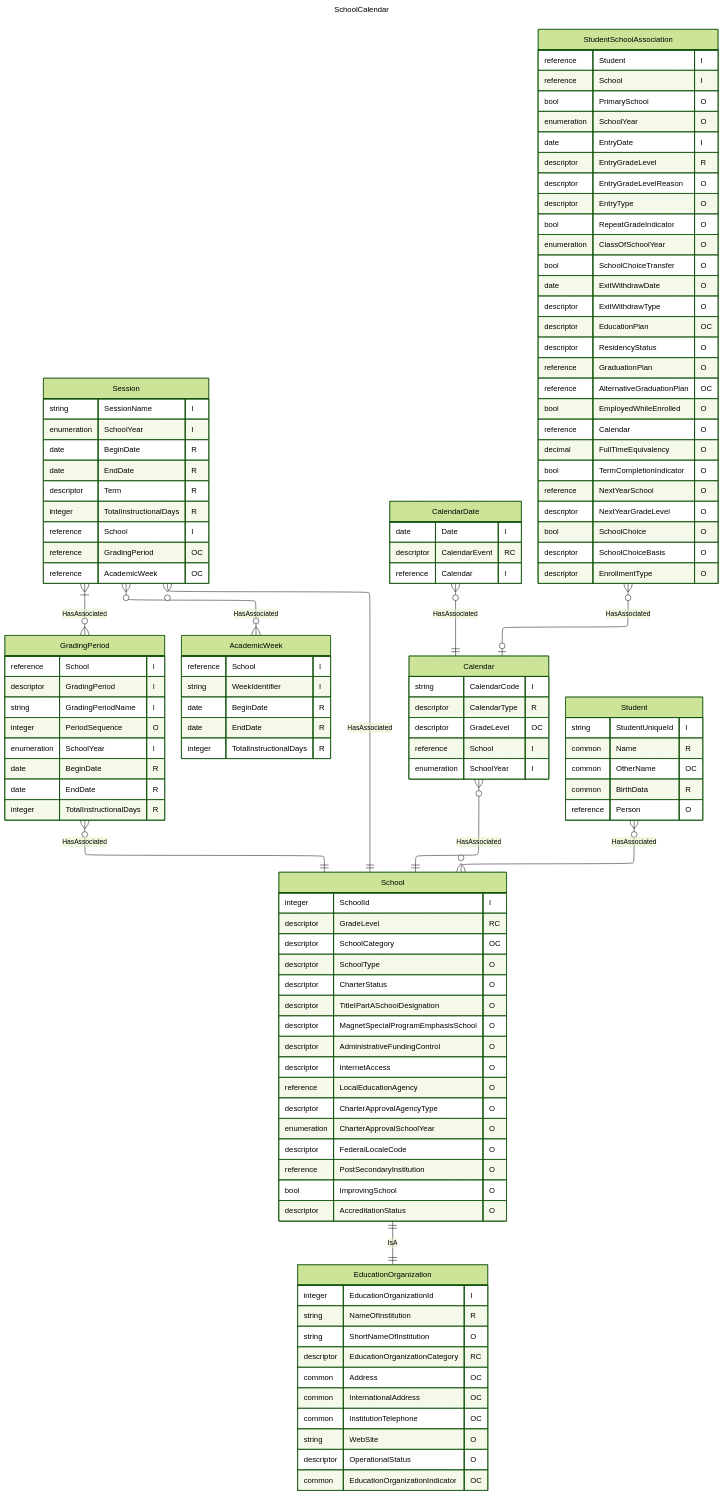
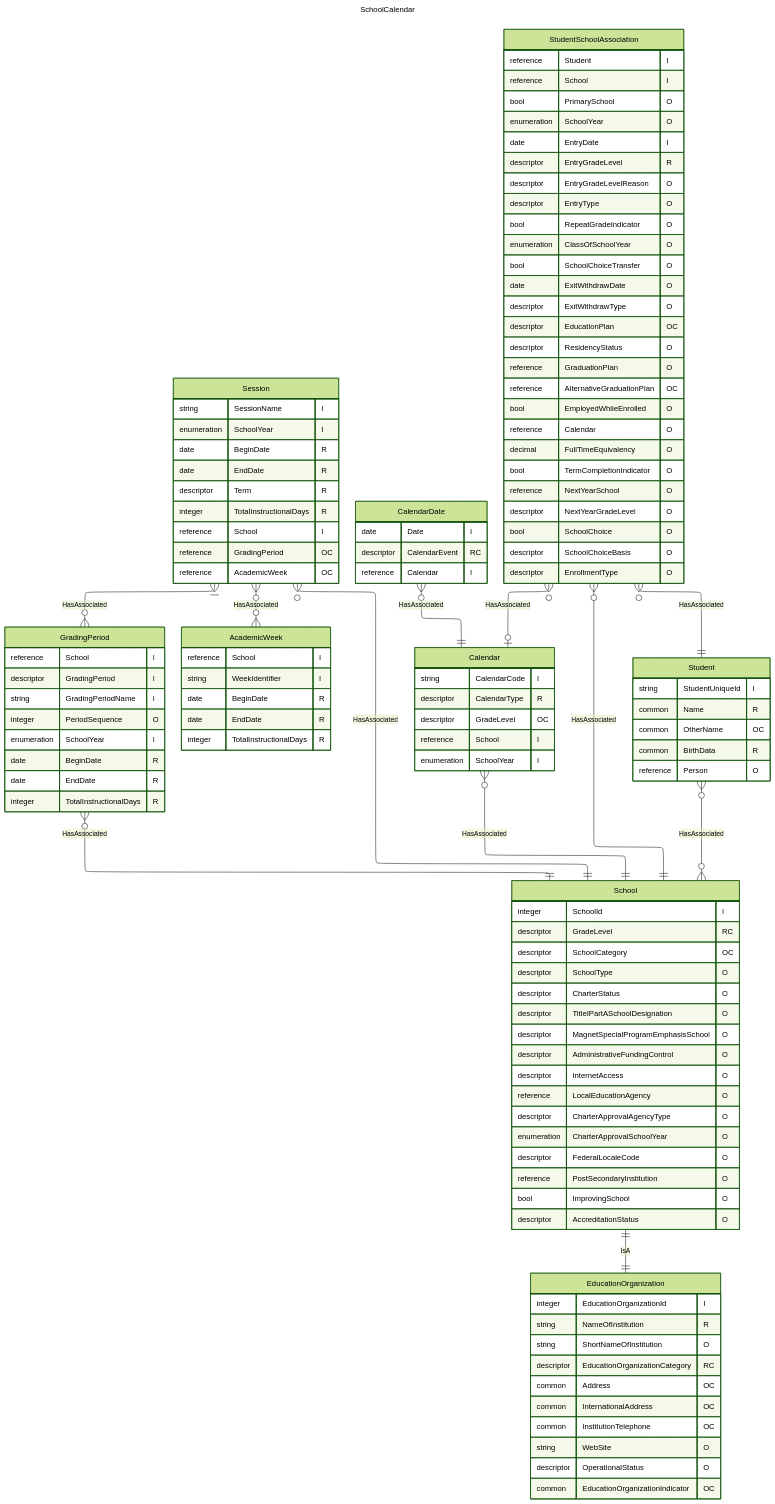
Before and after one commit to Ed-Fi-Alliance-OSS/Ed-Fi-Data-Standard: the diagram in Models/Models/SchoolCalendar.mmd, drawn with Mermaid (forest theme). The commit also changed 15 other files, not shown here.

```diff
--- a/Models/Models/SchoolCalendar.mmd
+++ b/Models/Models/SchoolCalendar.mmd
@@ -1,120 +1,122 @@
 ---
 title: SchoolCalendar
 config:
   layout: elk
 ---
 erDiagram
     Session {
         string SessionName "I"
         enumeration SchoolYear "I"
         date BeginDate "R"
         date EndDate "R"
         descriptor Term "R"
         integer TotalInstructionalDays "R"
         reference School "I"
         reference GradingPeriod "OC"
         reference AcademicWeek "OC"
     }
     GradingPeriod {
         reference School "I"
         descriptor GradingPeriod "I"
         string GradingPeriodName "I"
         integer PeriodSequence "O"
         enumeration SchoolYear "I"
         date BeginDate "R"
         date EndDate "R"
         integer TotalInstructionalDays "R"
     }
     AcademicWeek {
         reference School "I"
         string WeekIdentifier "I"
         date BeginDate "R"
         date EndDate "R"
         integer TotalInstructionalDays "R"
     }
     Calendar {
         string CalendarCode "I"
         descriptor CalendarType "R"
         descriptor GradeLevel "OC"
         reference School "I"
         enumeration SchoolYear "I"
     }
     CalendarDate {
         date Date "I"
         descriptor CalendarEvent "RC"
         reference Calendar "I"
     }
     StudentSchoolAssociation {
         reference Student "I"
         reference School "I"
         bool PrimarySchool "O"
         enumeration SchoolYear "O"
         date EntryDate "I"
         descriptor EntryGradeLevel "R"
         descriptor EntryGradeLevelReason "O"
         descriptor EntryType "O"
         bool RepeatGradeIndicator "O"
         enumeration ClassOfSchoolYear "O"
         bool SchoolChoiceTransfer "O"
         date ExitWithdrawDate "O"
         descriptor ExitWithdrawType "O"
         descriptor EducationPlan "OC"
         descriptor ResidencyStatus "O"
         reference GraduationPlan "O"
         reference AlternativeGraduationPlan "OC"
         bool EmployedWhileEnrolled "O"
         reference Calendar "O"
         decimal FullTimeEquivalency "O"
         bool TermCompletionIndicator "O"
         reference NextYearSchool "O"
         descriptor NextYearGradeLevel "O"
         bool SchoolChoice "O"
         descriptor SchoolChoiceBasis "O"
         descriptor EnrollmentType "O"
     }
     Student {
         string StudentUniqueId "I"
         common Name "R"
         common OtherName "OC"
         common BirthData "R"
         reference Person "O"
     }
     EducationOrganization {
         integer EducationOrganizationId "I"
         string NameOfInstitution "R"
         string ShortNameOfInstitution "O"
         descriptor EducationOrganizationCategory "RC"
         common Address "OC"
         common InternationalAddress "OC"
         common InstitutionTelephone "OC"
         string WebSite "O"
         descriptor OperationalStatus "O"
         common EducationOrganizationIndicator "OC"
     }
     School {
         integer SchoolId "I"
         descriptor GradeLevel "RC"
         descriptor SchoolCategory "OC"
         descriptor SchoolType "O"
         descriptor CharterStatus "O"
         descriptor TitleIPartASchoolDesignation "O"
         descriptor MagnetSpecialProgramEmphasisSchool "O"
         descriptor AdministrativeFundingControl "O"
         descriptor InternetAccess "O"
         reference LocalEducationAgency "O"
         descriptor CharterApprovalAgencyType "O"
         enumeration CharterApprovalSchoolYear "O"
         descriptor FederalLocaleCode "O"
         reference PostSecondaryInstitution "O"
         bool ImprovingSchool "O"
         descriptor AccreditationStatus "O"
     }
     Session }o--o{ AcademicWeek : "HasAssociated"
     Session }o--|| School : "HasAssociated"
     Session }|--o{ GradingPeriod : "HasAssociated"
     GradingPeriod }o--|| School : "HasAssociated"
     CalendarDate }o--|| Calendar : "HasAssociated"
     Calendar }o--|| School : "HasAssociated"
-    StudentSchoolAssociation }o--o| Calendar : "HasAssociated"
     Student }o--o{ School : "HasAssociated"
     School ||--|| EducationOrganization : "IsA"
+    StudentSchoolAssociation }o--o| Calendar : "HasAssociated"
+    StudentSchoolAssociation }o--|| School : "HasAssociated"
+    StudentSchoolAssociation }o--|| Student : "HasAssociated"
```
